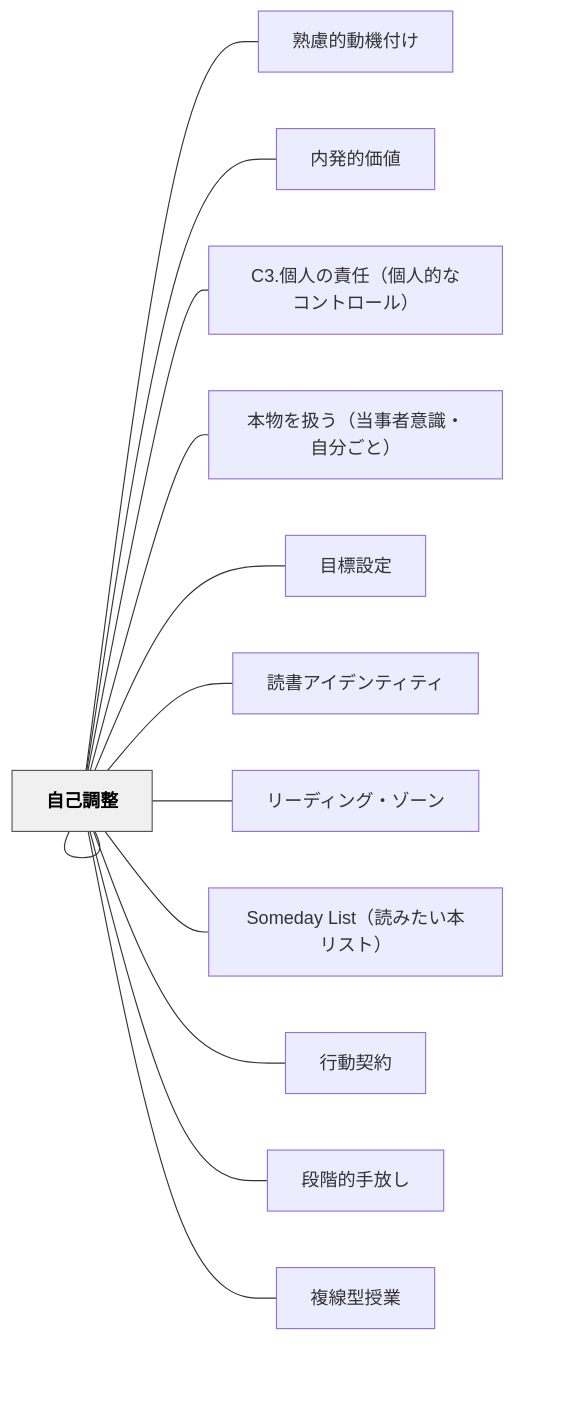
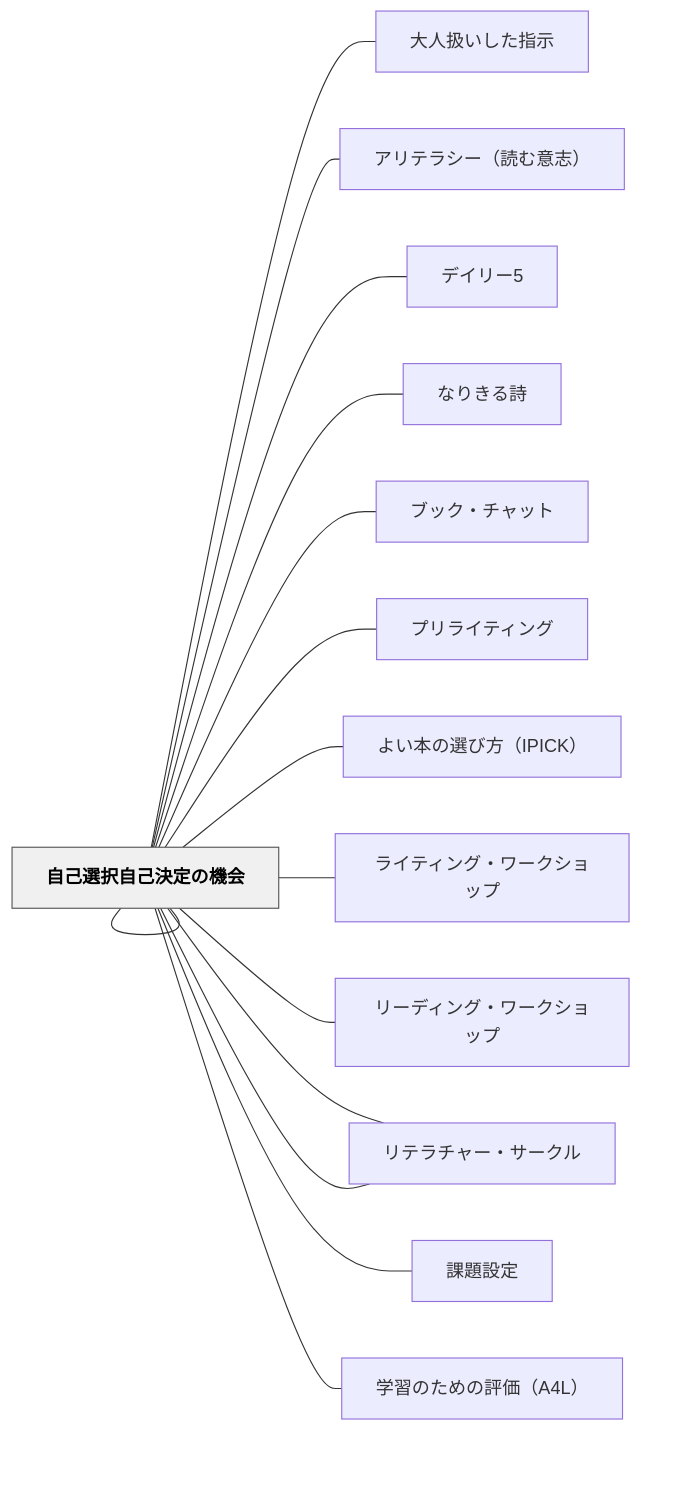
One commit to unknownthings-ed-patterns/unknownthings-ed-patterns changed the diagram in content/パタン/自己選択自己決定.md. Above: the diagram before and after it, drawn with Mermaid. The commit also changed other lines of this file and 473 other files, not shown here.

````diff
--- a/content/パタン/自己選択自己決定.md
+++ b/content/パタン/自己選択自己決定.md
@@ -50,32 +50,36 @@
 ```mermaid
 flowchart LR
     ne887aae5b7b1["自己選択自己決定"]
-    ne7869fe685ae["熟慮的動機付け"]
-    ne58685e799ba["内発的価値"]
-    n43332ee5808b["C3.個人の責任（個人的なコントロール）"]
-    ne69cace789a9["本物を扱う（当事者意識・自分ごと）"]
-    ne79baee6a899["目標設定"]
-    ne8aaade69bb8["読書アイデンティティ"]
-    ne383aae383bc["リーディング・ゾーン"]
-    n536f6d656461["Someday List（読みたい本リスト）"]
-    ne8a18ce58b95["行動契約"]
-    ne887aae5b7b1["自己調整"]
-    ne6aeb5e99a8e["段階的手放し"]
-    ne8a487e7b79a["複線型授業"]
+    ne887aae5b7b1["自己選択自己決定の機会"]
+    ne5a4a7e4baba["大人扱いした指示"]
+    ne382a2e383aa["アリテラシー（読む意志）"]
+    ne38387e382a4["デイリー5"]
+    ne381aae3828a["なりきる詩"]
+    ne38396e38383["ブック・チャット"]
+    ne38397e383aa["プリライティング"]
+    ne38288e38184["よい本の選び方（IPICK）"]
+    ne383a9e382a4["ライティング・ワークショップ"]
+    ne383aae383bc["リーディング・ワークショップ"]
+    ne383aae38386["リテラシー・ワークステーション"]
+    ne383aae38386["リテラチャー・サークル"]
+    ne8aab2e9a18c["課題設定"]
+    ne5ada6e7bf92["学習のための評価（A4L）"]
 
-    ne887aae5b7b1 --- ne7869fe685ae
-    ne887aae5b7b1 --- ne58685e799ba
-    ne887aae5b7b1 --- n43332ee5808b
-    ne887aae5b7b1 --- ne69cace789a9
-    ne887aae5b7b1 --- ne79baee6a899
-    ne887aae5b7b1 --- ne8aaade69bb8
+    ne887aae5b7b1 --- ne887aae5b7b1
+    ne887aae5b7b1 --- ne5a4a7e4baba
+    ne887aae5b7b1 --- ne382a2e383aa
+    ne887aae5b7b1 --- ne38387e382a4
+    ne887aae5b7b1 --- ne381aae3828a
+    ne887aae5b7b1 --- ne38396e38383
+    ne887aae5b7b1 --- ne38397e383aa
+    ne887aae5b7b1 --- ne38288e38184
+    ne887aae5b7b1 --- ne383a9e382a4
     ne887aae5b7b1 --- ne383aae383bc
-    ne887aae5b7b1 --- n536f6d656461
-    ne887aae5b7b1 --- ne8a18ce58b95
-    ne887aae5b7b1 --- ne887aae5b7b1
-    ne887aae5b7b1 --- ne6aeb5e99a8e
-    ne887aae5b7b1 --- ne8a487e7b79a
+    ne887aae5b7b1 --- ne383aae38386
+    ne887aae5b7b1 --- ne383aae38386
+    ne887aae5b7b1 --- ne8aab2e9a18c
+    ne887aae5b7b1 --- ne5ada6e7bf92
 
     classDef hub fill:#f0f0f0,stroke:#555,color:#000,font-weight:bold
     class ne887aae5b7b1 hub
 ```
````
